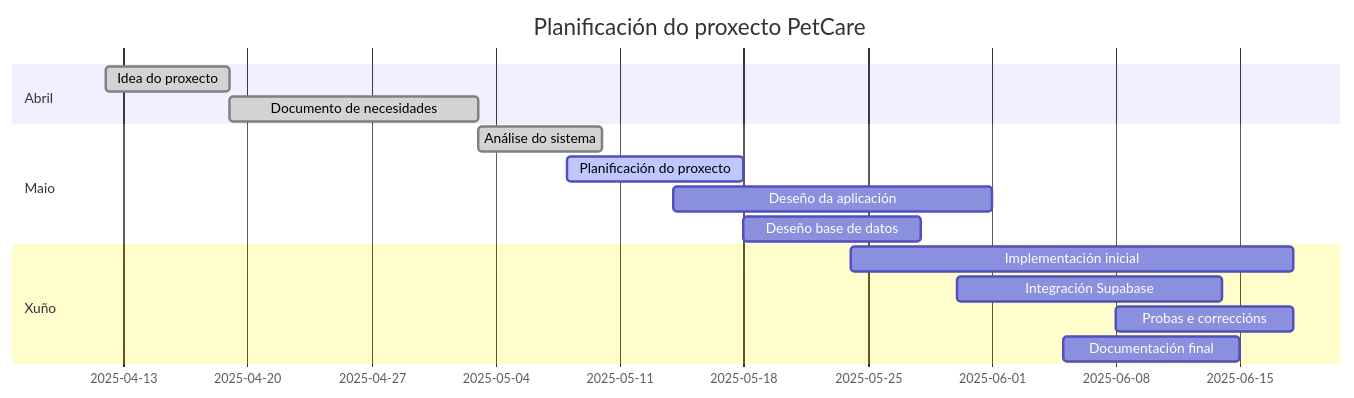
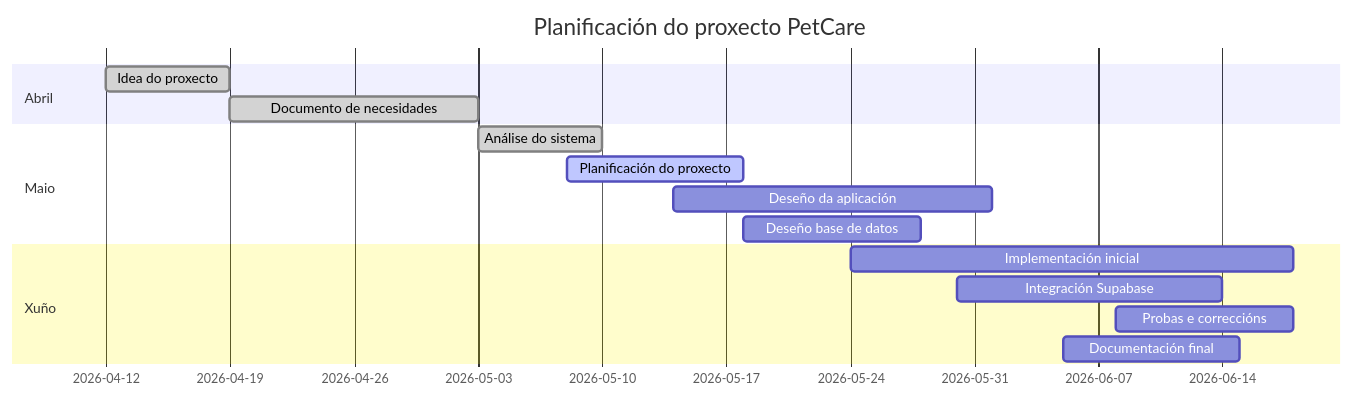
The first of 2 diagrams in doc/templates/4_planificacion.md (martinmgd/PetCare), drawn with Mermaid before and after one commit. The commit also changed other lines of this file and 28 other files, not shown here.

Commit message:
Actualizar documentación final y diagramas de PetCare

````diff
--- a/doc/templates/4_planificacion.md
+++ b/doc/templates/4_planificacion.md
@@ -373,21 +373,21 @@
 ```mermaid
 gantt
     title Planificación do proxecto PetCare
     dateFormat YYYY-MM-DD
 
     section Abril
-    Idea do proxecto                     :done, a1, 2025-04-12, 7d
-    Documento de necesidades             :done, a2, 2025-04-19, 14d
+    Idea do proxecto                     :done, a1, 2026-04-12, 7d
+    Documento de necesidades             :done, a2, 2026-04-19, 14d
 
     section Maio
-    Análise do sistema                   :done, b1, 2025-05-03, 7d
-    Planificación do proxecto            :active, b2, 2025-05-08, 10d
-    Deseño da aplicación                 :b3, 2025-05-14, 18d
-    Deseño base de datos                 :b4, 2025-05-18, 10d
+    Análise do sistema                   :done, b1, 2026-05-03, 7d
+    Planificación do proxecto            :active, b2, 2026-05-08, 10d
+    Deseño da aplicación                 :b3, 2026-05-14, 18d
+    Deseño base de datos                 :b4, 2026-05-18, 10d
 
     section Xuño
-    Implementación inicial               :c1, 2025-05-24, 25d
-    Integración Supabase                 :c2, 2025-05-30, 15d
-    Probas e correccións                 :c3, 2025-06-08, 10d
-    Documentación final                  :c4, 2025-06-05, 10d
+    Implementación inicial               :c1, 2026-05-24, 25d
+    Integración Supabase                 :c2, 2026-05-30, 15d
+    Probas e correccións                 :c3, 2026-06-08, 10d
+    Documentación final                  :c4, 2026-06-05, 10d
 ```
````
